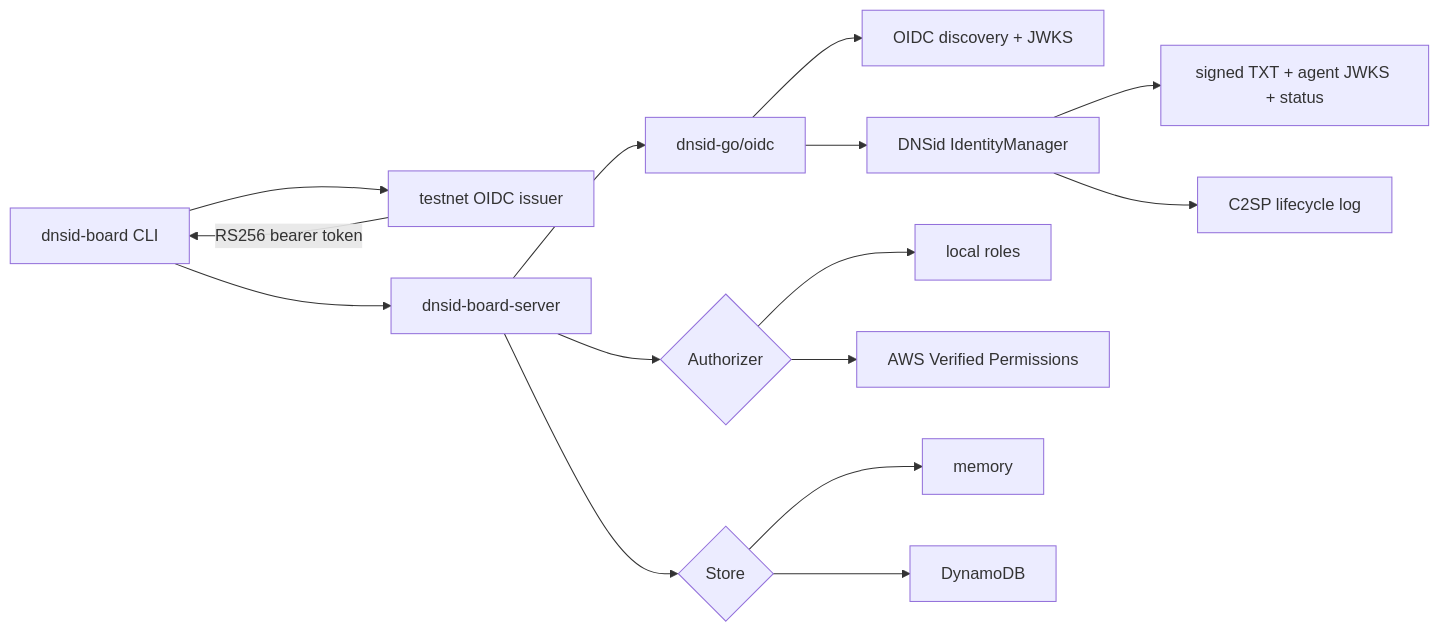
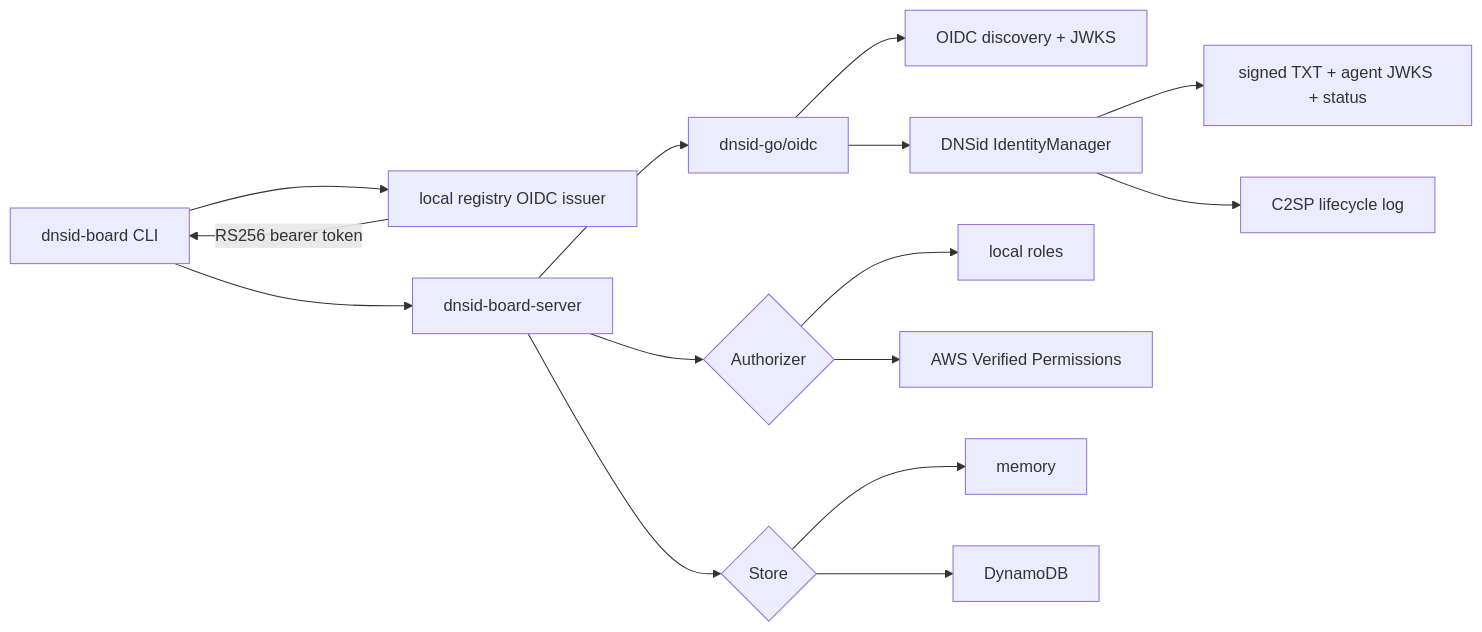
The first of 2 diagrams in recipes/29-dnsid-message-board/architecture.md (dnsid-ai/dnsid-cookbook), drawn with Mermaid before and after one commit. The commit also changed other lines of this file and 39 other files, not shown here.

First line of the commit message:
fix: update to correctly reference dnsid local (#18)

````diff
--- a/recipes/29-dnsid-message-board/architecture.md
+++ b/recipes/29-dnsid-message-board/architecture.md
@@ -32,17 +32,17 @@
 ```mermaid
 flowchart LR
-    cli["dnsid-board CLI"] --> token["testnet OIDC issuer"]
+    cli["dnsid-board CLI"] --> token["local registry OIDC issuer"]
     token -->|"RS256 bearer token"| cli
     cli --> api["dnsid-board-server"]
     api --> oidc["dnsid-go/oidc"]
     oidc --> issuer["OIDC discovery + JWKS"]
     oidc --> dnsid["DNSid IdentityManager"]
     dnsid --> dns["signed TXT + agent JWKS + status"]
     dnsid --> log["C2SP lifecycle log"]
     api --> authz{"Authorizer"}
     authz --> local["local roles"]
     authz --> avp["AWS Verified Permissions"]
     api --> store{"Store"}
     store --> memory["memory"]
     store --> dynamodb["DynamoDB"]
 ```
````
